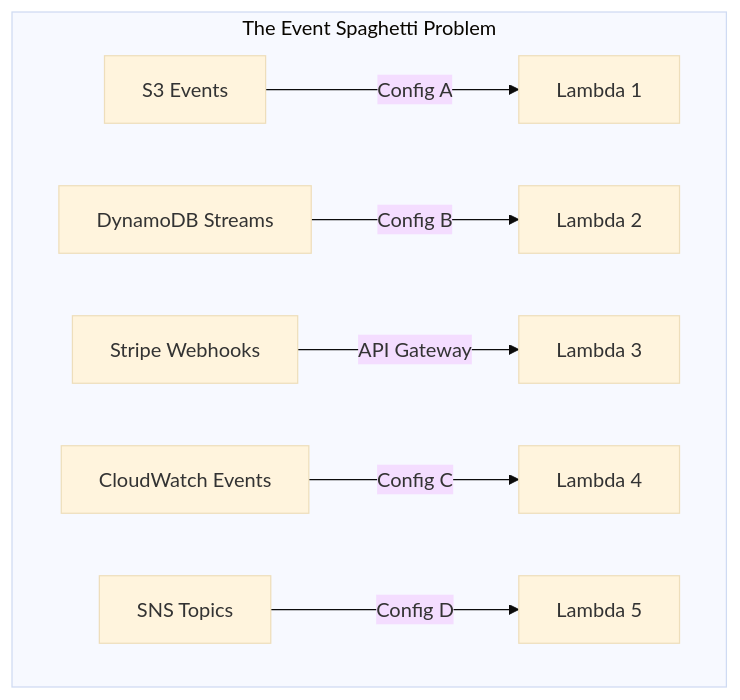
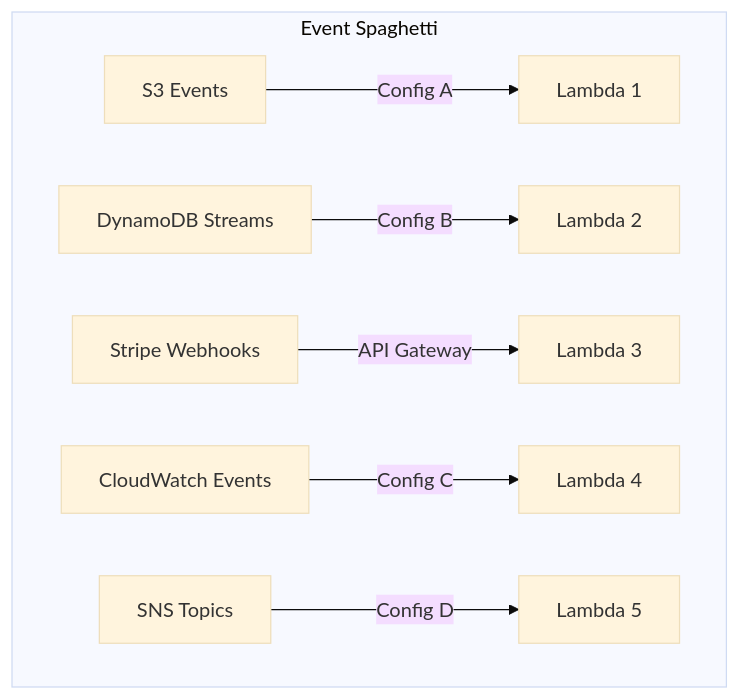
The fourth of 7 diagrams in backend/data/courses/aws-certified-developer-associate/lessons/13-eventbridge/content.md (jonathanleahy/fullstack-monorepo), drawn with Mermaid (base theme) before and after one commit. The commit also changed other lines of this file, not shown here.

First line of the commit message:
feat: enhance EventBridge lesson with floating diagram layouts

````diff
--- a/backend/data/courses/aws-certified-developer-associate/lessons/13-eventbridge/content.md
+++ b/backend/data/courses/aws-certified-developer-associate/lessons/13-eventbridge/content.md
@@ -123,10 +134,10 @@
 ```mermaid
 graph TB
-    subgraph "The Event Spaghetti Problem"
+    subgraph "Event Spaghetti"
         S3[S3 Events] -->|Config A| L1[Lambda 1]
         DDB[DynamoDB Streams] -->|Config B| L2[Lambda 2]
         Stripe[Stripe Webhooks] -->|API Gateway| L3[Lambda 3]
         CW[CloudWatch Events] -->|Config C| L4[Lambda 4]
         SNS[SNS Topics] -->|Config D| L5[Lambda 5]
     end
 ```
````
